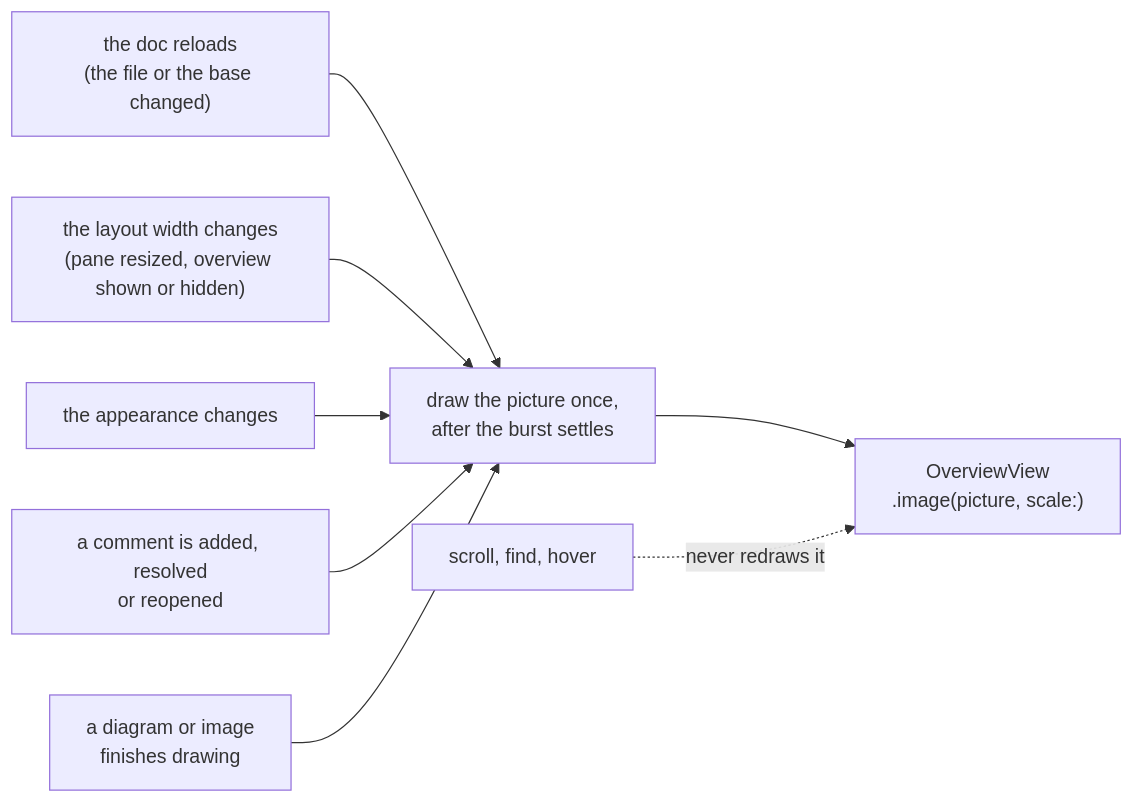
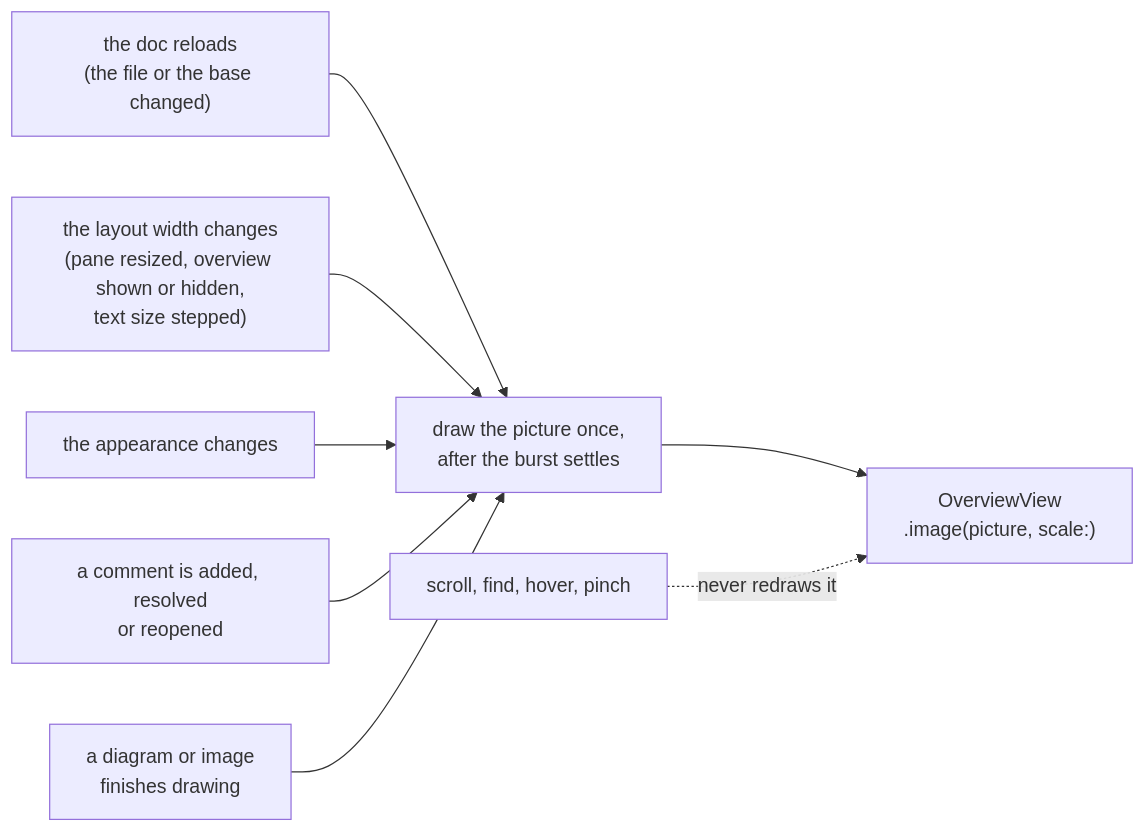
Before and after one commit to tampopogk/kanna: the diagram in docs/specs/markdown-overview.md, drawn with Mermaid. The commit also changed other lines of this file and 15 other files, not shown here.

````diff
--- a/docs/specs/markdown-overview.md
+++ b/docs/specs/markdown-overview.md
@@ -53,10 +53,10 @@
 ```mermaid
 flowchart LR
     R["the doc reloads<br/>(the file or the base changed)"] --> D
-    W["the layout width changes<br/>(pane resized, overview shown or hidden)"] --> D
+    W["the layout width changes<br/>(pane resized, overview shown or hidden,<br/>text size stepped)"] --> D
     A["the appearance changes"] --> D
     C["a comment is added, resolved<br/>or reopened"] --> D
     I["a diagram or image<br/>finishes drawing"] --> D
     D["draw the picture once,<br/>after the burst settles"] --> O["OverviewView<br/>.image(picture, scale:)"]
-    S["scroll, find, hover"] -.->|"never redraws it"| O
+    S["scroll, find, hover, pinch"] -.->|"never redraws it"| O
 ```
````
